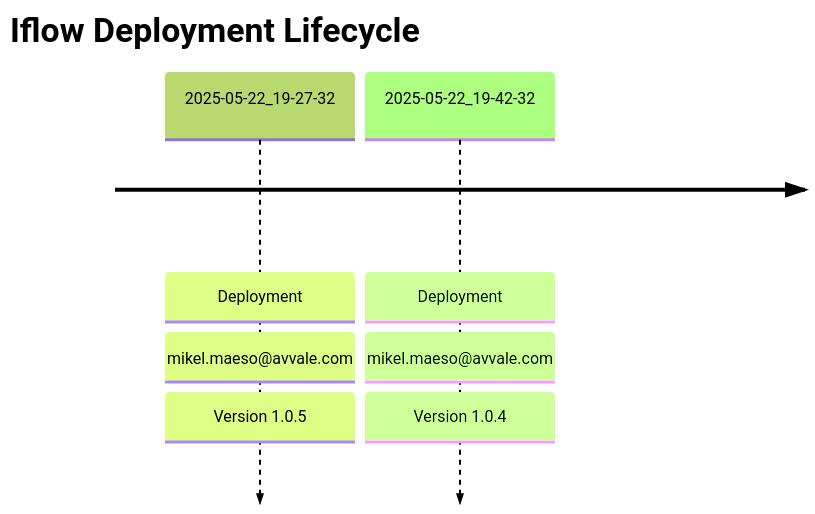
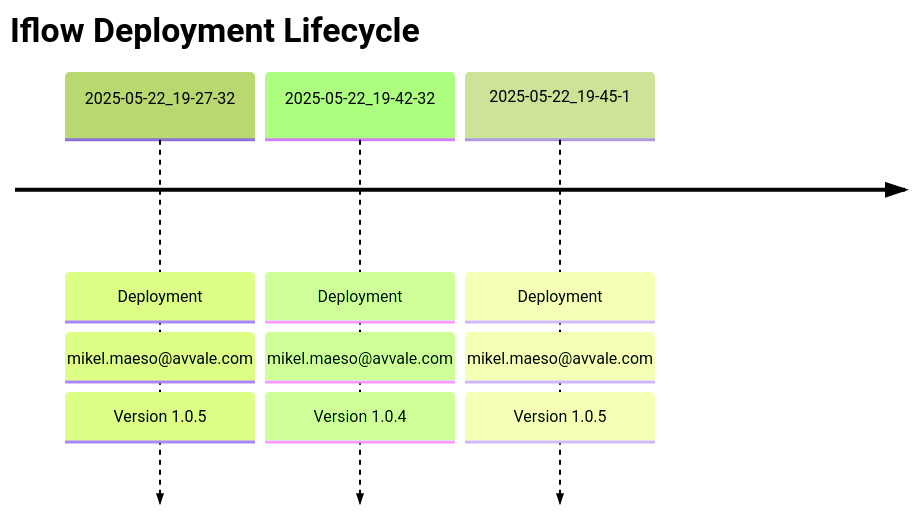
One commit to Avvale-IA-CICD/AvvaleCPI changed the diagram in MMZ - Cell Iflows/Check_Connectivity_to_SAP_Business_Suite_MMZ/README.md. Above: the diagram before and after it, drawn with Mermaid.

Commit message:
docs: Update master README for MMZ - Cell Iflows/Check_Connectivity_to_SAP_Business_Suite_MMZ (v 1.0.5)

````diff
--- a/MMZ - Cell Iflows/Check_Connectivity_to_SAP_Business_Suite_MMZ/README.md
+++ b/MMZ - Cell Iflows/Check_Connectivity_to_SAP_Business_Suite_MMZ/README.md
@@ -7,7 +7,8 @@
 ```mermaid
 %%{init: { 'logLevel': 'debug', 'theme': 'forest' } }%%
 timeline
     title Iflow Deployment Lifecycle
     2025-05-22_19-27-32 : Deployment : mikel.maeso@avvale.com : Version 1.0.5
     2025-05-22_19-42-32 : Deployment : mikel.maeso@avvale.com : Version 1.0.4
+    2025-05-22_19-45-1 : Deployment : mikel.maeso@avvale.com : Version 1.0.5
 ```
````
